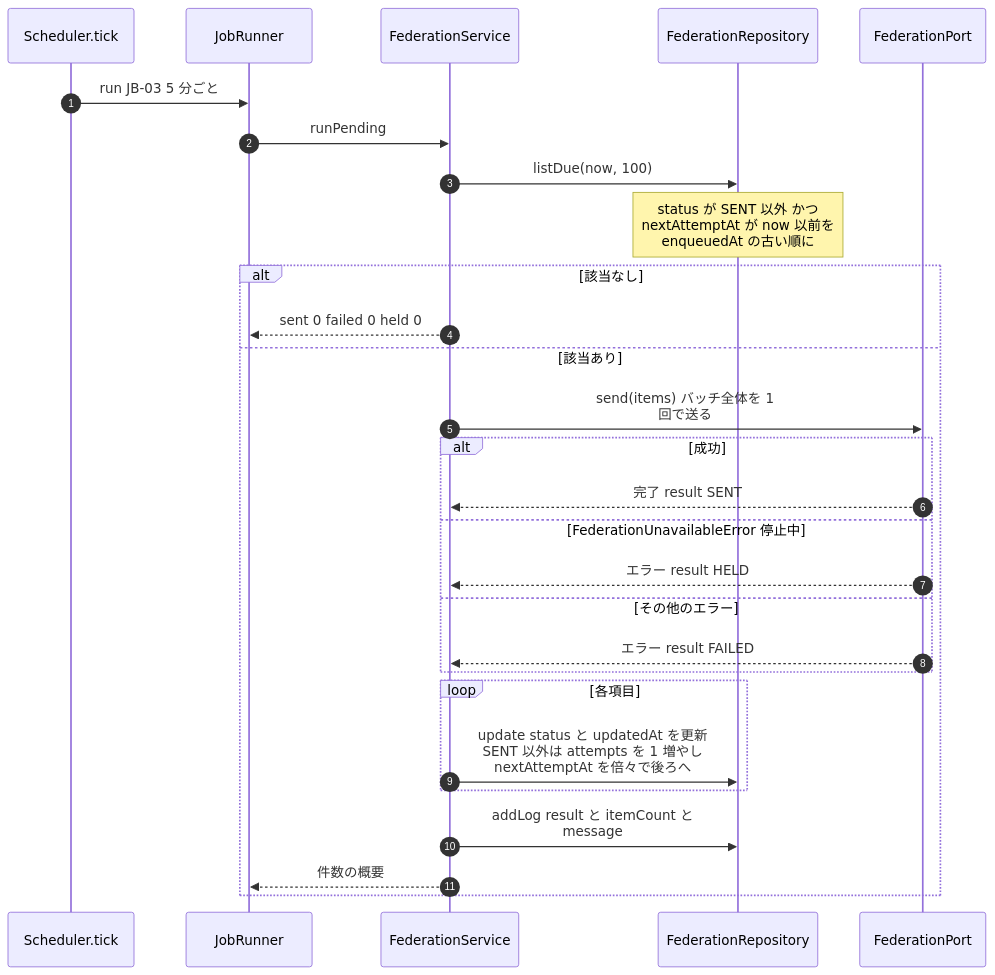
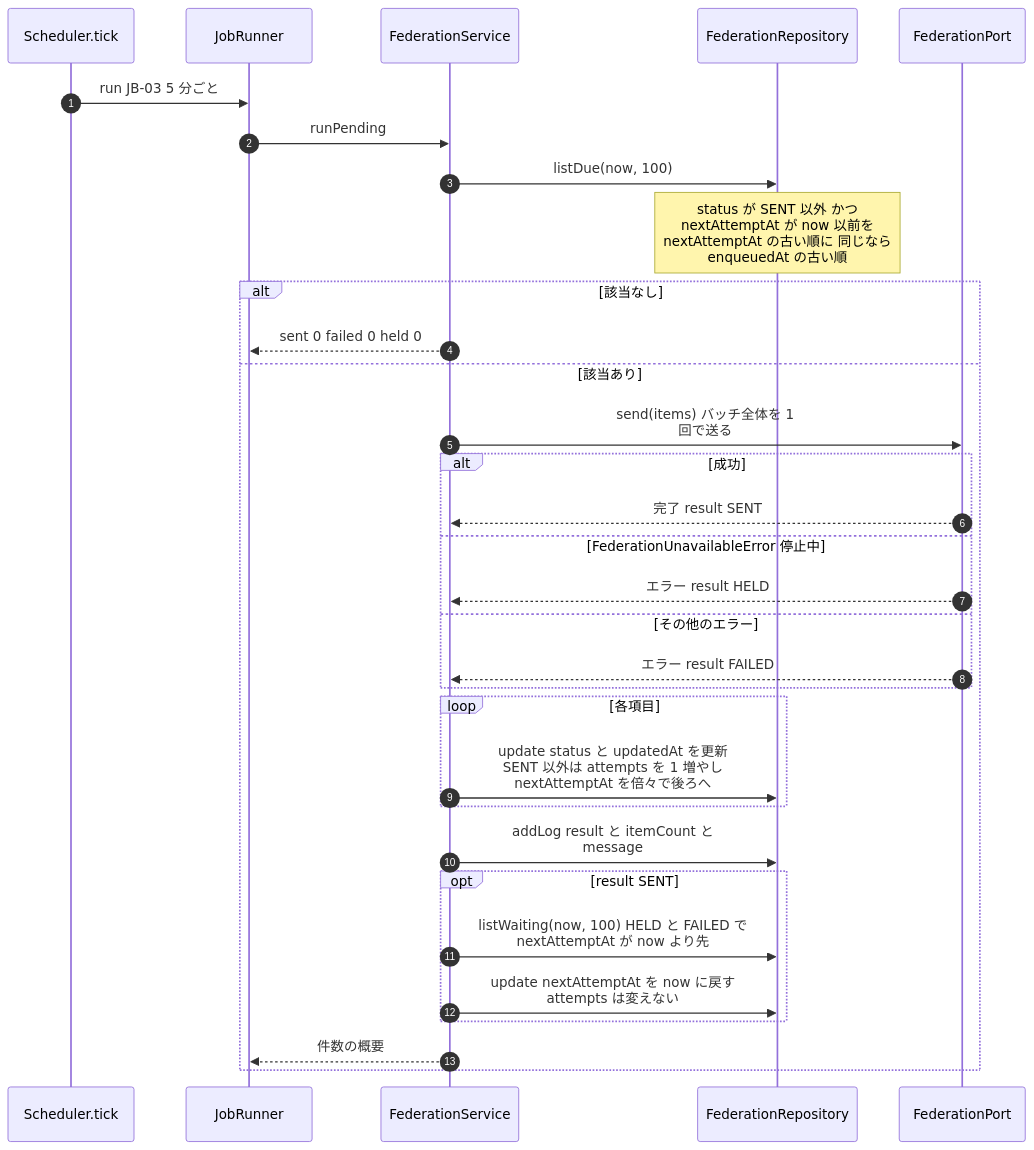
Diagram 22 of 46 in docs/10_design/architecture/as-built.md (NS-APU/smart-farm-monitoring), drawn with Mermaid before and after one commit. The commit also changed other lines of this file and 40 other files, not shown here.

````diff
--- a/docs/10_design/architecture/as-built.md
+++ b/docs/10_design/architecture/as-built.md
@@ -1566,31 +1567,35 @@
 ```mermaid
 sequenceDiagram
   autonumber
   participant SCH as Scheduler.tick
   participant JR as JobRunner
   participant FED as FederationService
   participant FR as FederationRepository
   participant PORT as FederationPort
 
   SCH->>JR: run JB-03 5 分ごと
   JR->>FED: runPending
   FED->>FR: listDue(now, 100)
-  Note over FR: status が SENT 以外 かつ<br>nextAttemptAt が now 以前を<br>enqueuedAt の古い順に
+  Note over FR: status が SENT 以外 かつ<br>nextAttemptAt が now 以前を<br>nextAttemptAt の古い順に 同じなら<br>enqueuedAt の古い順
   alt 該当なし
     FED-->>JR: sent 0 failed 0 held 0
   else 該当あり
     FED->>PORT: send(items) バッチ全体を 1<br>回で送る
     alt 成功
       PORT-->>FED: 完了 result SENT
     else FederationUnavailableError 停止中
       PORT-->>FED: エラー result HELD
     else その他のエラー
       PORT-->>FED: エラー result FAILED
     end
     loop 各項目
       FED->>FR: update status と updatedAt を更新<br>SENT 以外は attempts を 1 増やし<br>nextAttemptAt を倍々で後ろへ
     end
     FED->>FR: addLog result と itemCount と<br>message
+    opt result SENT
+      FED->>FR: listWaiting(now, 100) HELD と FAILED で<br>nextAttemptAt が now より先
+      FED->>FR: update nextAttemptAt を now に戻す<br>attempts は変えない
+    end
     FED-->>JR: 件数の概要
   end
 ```
````
